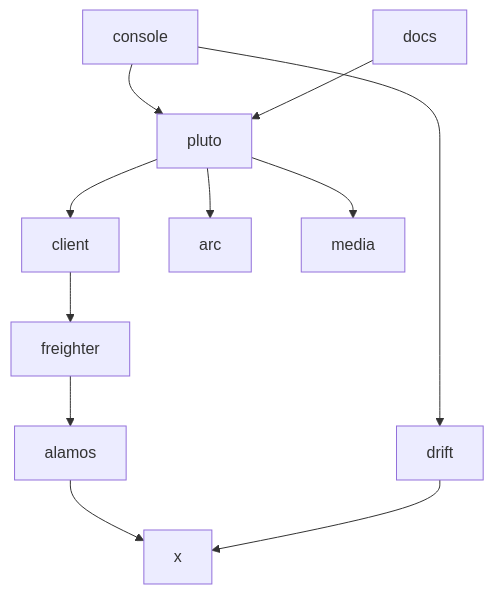
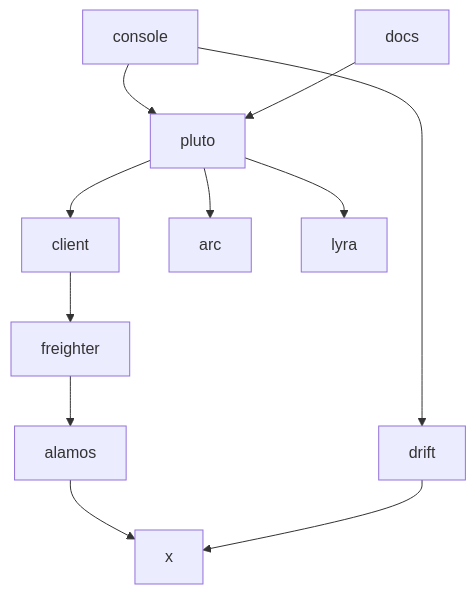
Before and after one commit to synnaxlabs/synnax: the diagram in docs/tech/typescript/build.md, drawn with Mermaid. The commit also changed other lines of this file and 104 other files, not shown here.

First line of the commit message:
Move the Media package into Lyra

````diff
--- a/docs/tech/typescript/build.md
+++ b/docs/tech/typescript/build.md
@@ -49,13 +48,13 @@
 ```mermaid
 graph TD
     console --> pluto
     console --> drift
     docs --> pluto
     pluto --> client
     pluto --> arc
-    pluto --> media
+    pluto --> lyra
     client --> freighter
     freighter --> alamos
     alamos --> x
     drift --> x
 ```
````
